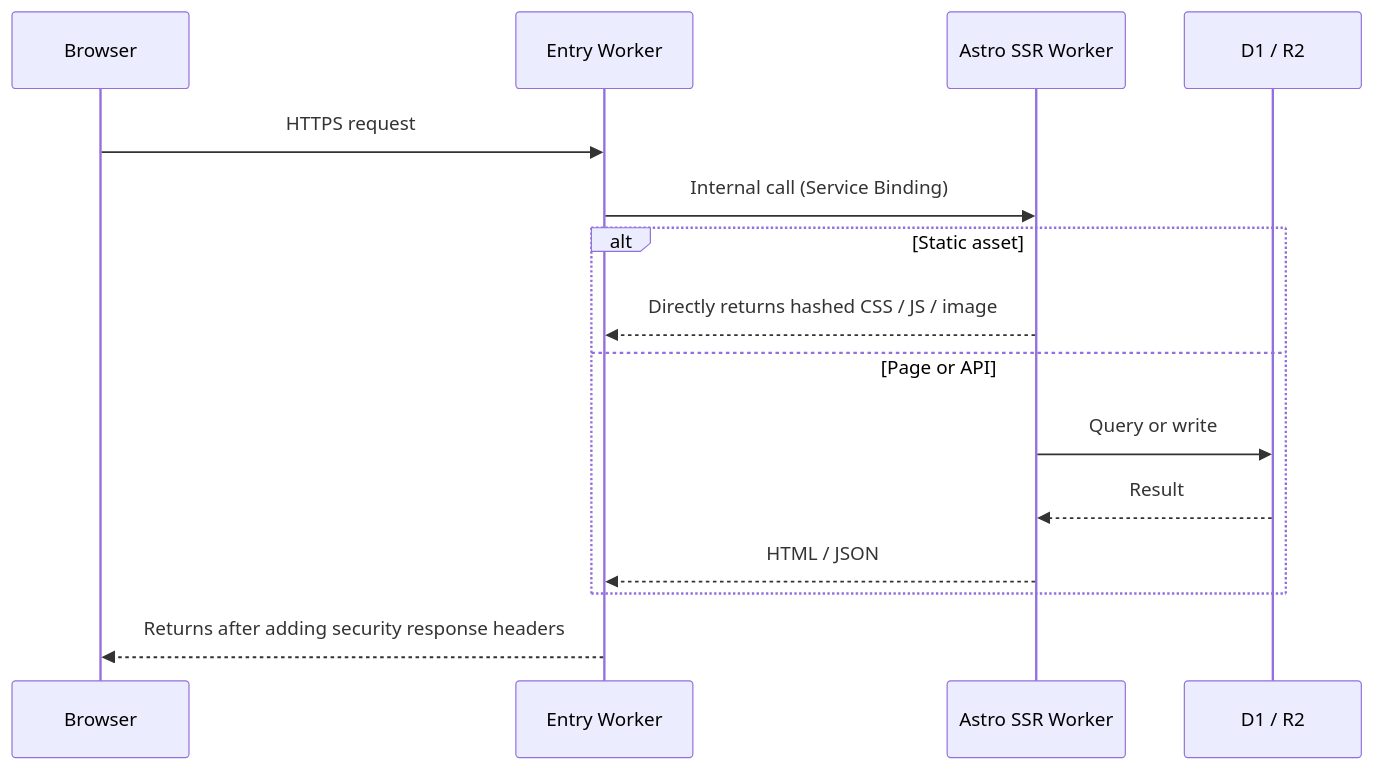
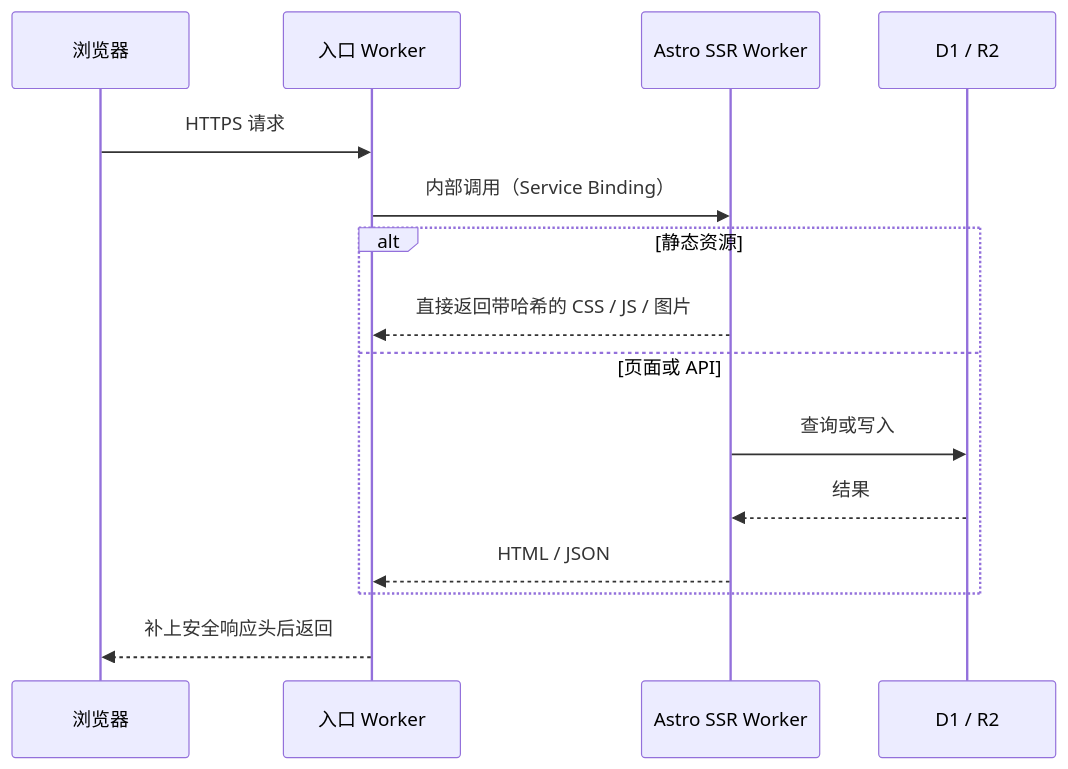
The second of 2 diagrams in src/i18n/content/en/blog/基于Cloudflare构建个人网站.md (Edmounds/blog_web), drawn with Mermaid before and after one commit. The commit also changed other lines of this file and 37 other files, not shown here.

````diff
--- a/src/i18n/content/en/blog/基于Cloudflare构建个人网站.md
+++ b/src/i18n/content/en/blog/基于Cloudflare构建个人网站.md
@@ -33,18 +33,18 @@
 ```mermaid
 sequenceDiagram
-  participant B as Browser
-  participant E as Entry Worker
+  participant B as 浏览器
+  participant E as 入口 Worker
   participant A as Astro SSR Worker
   participant D1 as D1 / R2
 
-  B->>E: HTTPS request
-  E->>A: Internal call (Service Binding)
-  alt Static asset
-    A-->>E: Directly returns hashed CSS / JS / image
-  else Page or API
-    A->>D1: Query or write
-    D1-->>A: Result
+  B->>E: HTTPS 请求
+  E->>A: 内部调用（Service Binding）
+  alt 静态资源
+    A-->>E: 直接返回带哈希的 CSS / JS / 图片
+  else 页面或 API
+    A->>D1: 查询或写入
+    D1-->>A: 结果
     A-->>E: HTML / JSON
   end
-  E-->>B: Returns after adding security response headers
+  E-->>B: 补上安全响应头后返回
 ```
````
